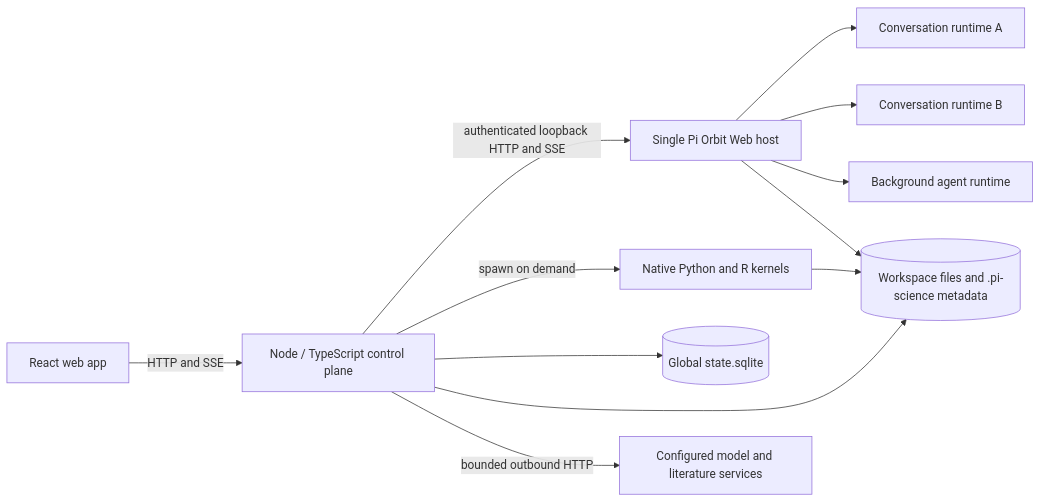
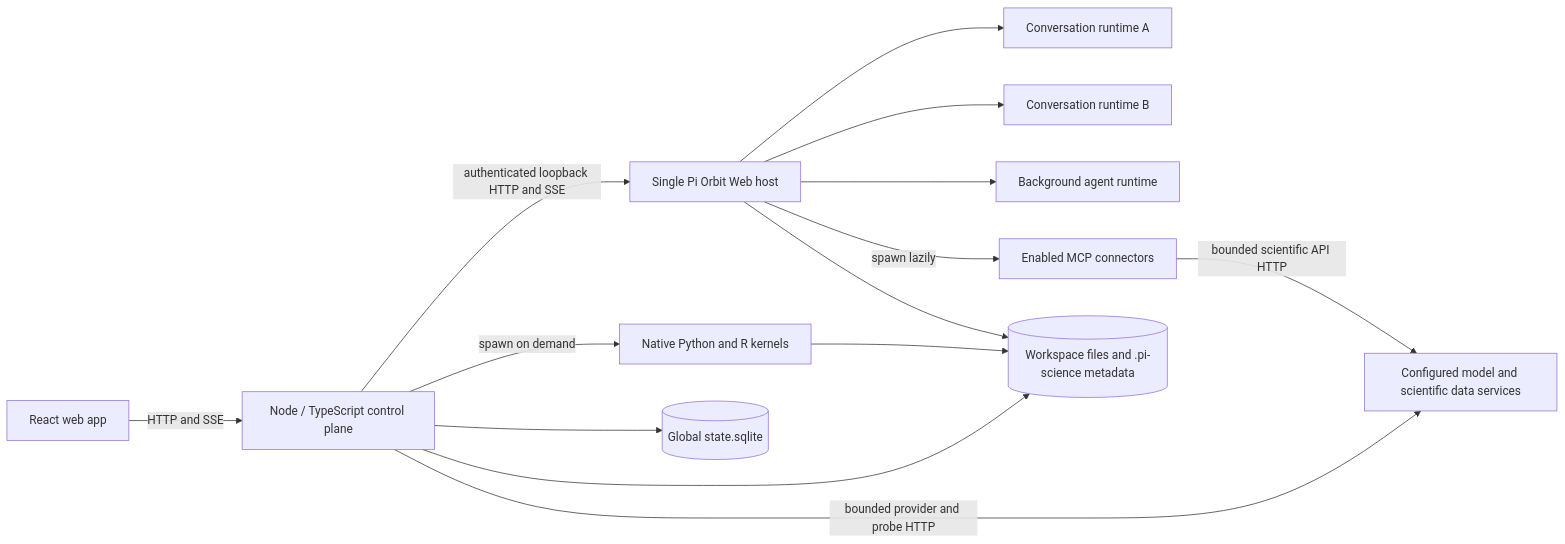
One commit to Garhorne0813/pi-science changed the first of 4 diagrams in docs/architecture.md. Above: the diagram before and after it, drawn with Mermaid. The commit also changed other lines of this file and 3 other files, not shown here.

Commit message:
docs: document managed scientific MCP architecture

````diff
--- a/docs/architecture.md
+++ b/docs/architecture.md
@@ -11,14 +11,16 @@
 ```mermaid
 flowchart LR
     UI[React web app] -->|HTTP and SSE| CP[Node / TypeScript control plane]
     CP -->|authenticated loopback HTTP and SSE| PH[Single Pi Orbit Web host]
     PH --> R1[Conversation runtime A]
     PH --> R2[Conversation runtime B]
     PH --> RN[Background agent runtime]
+    PH -->|spawn lazily| MCP[Enabled MCP connectors]
     CP -->|spawn on demand| K[Native Python and R kernels]
     CP --> DB[(Global state.sqlite)]
     CP --> WS[(Workspace files and .pi-science metadata)]
-    CP -->|bounded outbound HTTP| EXT[Configured model and literature services]
+    CP -->|bounded provider and probe HTTP| EXT[Configured model and scientific data services]
+    MCP -->|bounded scientific API HTTP| EXT
     PH --> WS
     K --> WS
 ```
````
